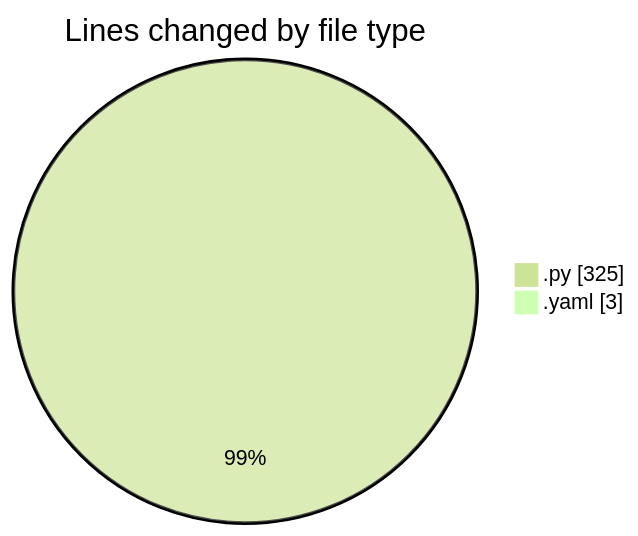
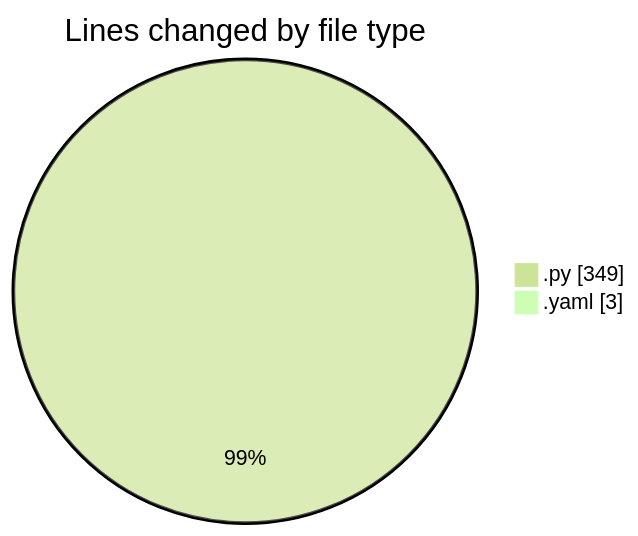
Before and after one commit to MatusMokan/code-tracking: the first of 2 diagrams in 2025-03-09/myws__workspace_/README.md, drawn with Mermaid (forest theme). The commit also changed other lines of this file and 1 other file, not shown here.

````diff
--- a/2025-03-09/myws__workspace_/README.md
+++ b/2025-03-09/myws__workspace_/README.md
@@ -21,6 +21,6 @@
 ```mermaid
 pie showData
 title Lines changed by file type
-".py" : 325
+".py" : 349
 ".yaml" : 3
 ```
````
